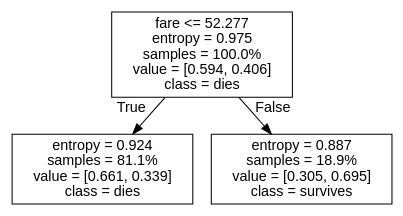
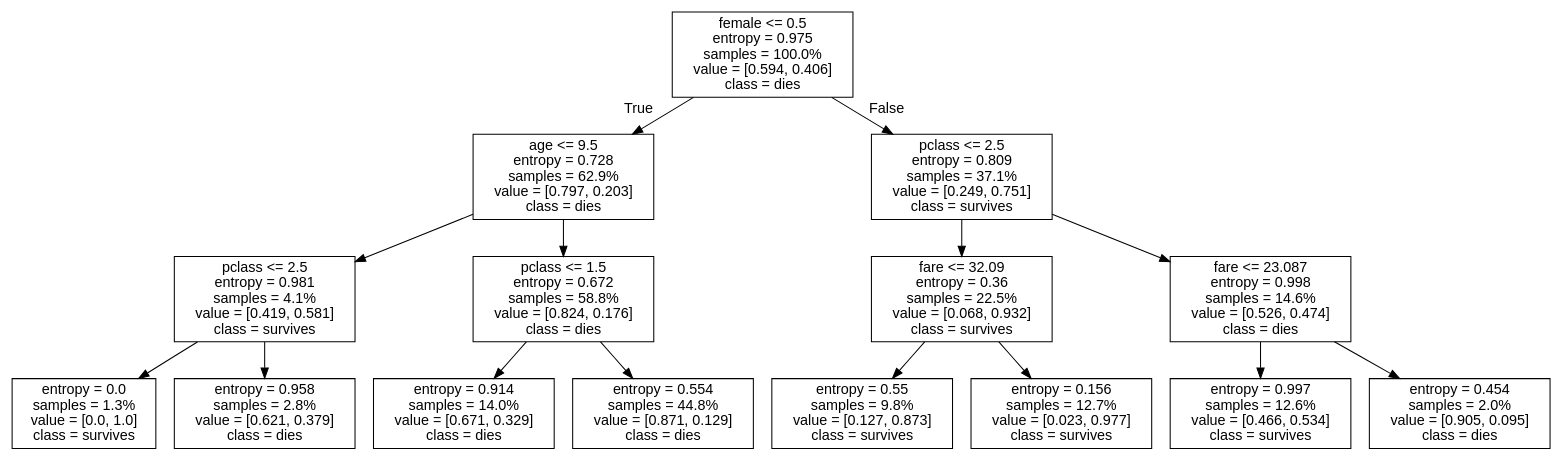
The diagram in Module2_Supervised/images/tree.dot (HanquanL/DS-Tech-2026spring), drawn with Graphviz before and after one commit. The commit also changed 2 other files, not shown here.

```diff
--- a/Module2_Supervised/images/tree.dot
+++ b/Module2_Supervised/images/tree.dot
@@ -1,9 +1,33 @@
 digraph Tree {
 node [shape=box, fontname="helvetica"] ;
 edge [fontname="helvetica"] ;
-0 [label="fare <= 52.277\nentropy = 0.975\nsamples = 100.0%\nvalue = [0.594, 0.406]\nclass = dies"] ;
-1 [label="entropy = 0.924\nsamples = 81.1%\nvalue = [0.661, 0.339]\nclass = dies"] ;
+0 [label="female <= 0.5\nentropy = 0.975\nsamples = 100.0%\nvalue = [0.594, 0.406]\nclass = dies"] ;
+1 [label="age <= 9.5\nentropy = 0.728\nsamples = 62.9%\nvalue = [0.797, 0.203]\nclass = dies"] ;
 0 -> 1 [labeldistance=2.5, labelangle=45, headlabel="True"] ;
-2 [label="entropy = 0.887\nsamples = 18.9%\nvalue = [0.305, 0.695]\nclass = survives"] ;
-0 -> 2 [labeldistance=2.5, labelangle=-45, headlabel="False"] ;
+2 [label="pclass <= 2.5\nentropy = 0.981\nsamples = 4.1%\nvalue = [0.419, 0.581]\nclass = survives"] ;
+1 -> 2 ;
+3 [label="entropy = 0.0\nsamples = 1.3%\nvalue = [0.0, 1.0]\nclass = survives"] ;
+2 -> 3 ;
+4 [label="entropy = 0.958\nsamples = 2.8%\nvalue = [0.621, 0.379]\nclass = dies"] ;
+2 -> 4 ;
+5 [label="pclass <= 1.5\nentropy = 0.672\nsamples = 58.8%\nvalue = [0.824, 0.176]\nclass = dies"] ;
+1 -> 5 ;
+6 [label="entropy = 0.914\nsamples = 14.0%\nvalue = [0.671, 0.329]\nclass = dies"] ;
+5 -> 6 ;
+7 [label="entropy = 0.554\nsamples = 44.8%\nvalue = [0.871, 0.129]\nclass = dies"] ;
+5 -> 7 ;
+8 [label="pclass <= 2.5\nentropy = 0.809\nsamples = 37.1%\nvalue = [0.249, 0.751]\nclass = survives"] ;
+0 -> 8 [labeldistance=2.5, labelangle=-45, headlabel="False"] ;
+9 [label="fare <= 32.09\nentropy = 0.36\nsamples = 22.5%\nvalue = [0.068, 0.932]\nclass = survives"] ;
+8 -> 9 ;
+10 [label="entropy = 0.55\nsamples = 9.8%\nvalue = [0.127, 0.873]\nclass = survives"] ;
+9 -> 10 ;
+11 [label="entropy = 0.156\nsamples = 12.7%\nvalue = [0.023, 0.977]\nclass = survives"] ;
+9 -> 11 ;
+12 [label="fare <= 23.087\nentropy = 0.998\nsamples = 14.6%\nvalue = [0.526, 0.474]\nclass = dies"] ;
+8 -> 12 ;
+13 [label="entropy = 0.997\nsamples = 12.6%\nvalue = [0.466, 0.534]\nclass = survives"] ;
+12 -> 13 ;
+14 [label="entropy = 0.454\nsamples = 2.0%\nvalue = [0.905, 0.095]\nclass = dies"] ;
+12 -> 14 ;
 }
```
